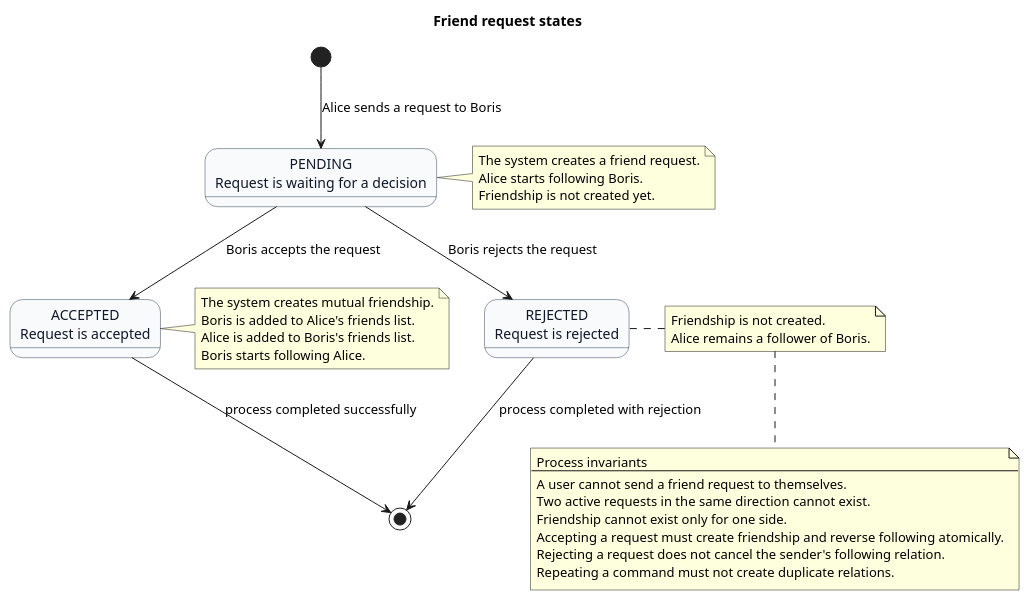
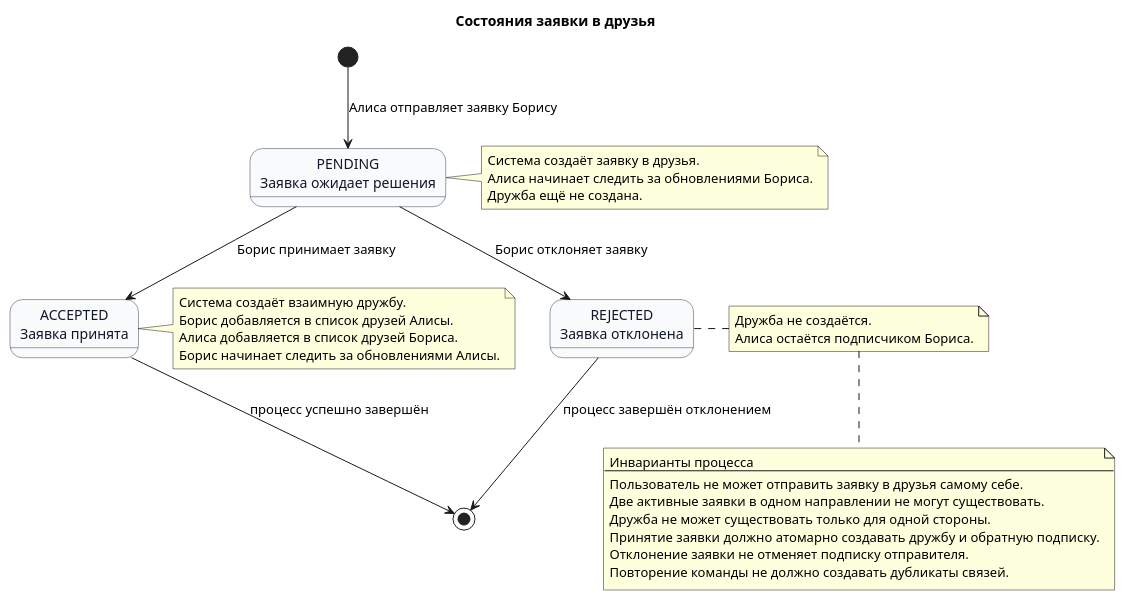
One commit to AlexVJDev/socialmediaapi changed the diagram in docs/process/friendship_state.puml. Above: the diagram before and after it, drawn with PlantUML. The commit also changed 37 other files, not shown here.

```diff
--- a/docs/process/friendship_state.puml
+++ b/docs/process/friendship_state.puml
@@ -1,53 +1,53 @@
 @startuml
-title Friend request states
+title Состояния заявки в друзья
 
 skinparam shadowing false
 skinparam state {
   BackgroundColor #F8FAFC
   BorderColor #334155
   FontColor #0F172A
   StartColor #16A34A
   EndColor #DC2626
 }
 
-[*] --> PENDING : Alice sends a request to Boris
+[*] --> PENDING : Алиса отправляет заявку Борису
 
-state "PENDING\nRequest is waiting for a decision" as PENDING
-state "ACCEPTED\nRequest is accepted" as ACCEPTED
-state "REJECTED\nRequest is rejected" as REJECTED
+state "PENDING\nЗаявка ожидает решения" as PENDING
+state "ACCEPTED\nЗаявка принята" as ACCEPTED
+state "REJECTED\nЗаявка отклонена" as REJECTED
 
 note right of PENDING
-  The system creates a friend request.
-  Alice starts following Boris.
-  Friendship is not created yet.
+  Система создаёт заявку в друзья.
+  Алиса начинает следить за обновлениями Бориса.
+  Дружба ещё не создана.
 end note
 
-PENDING --> ACCEPTED : Boris accepts the request
-PENDING --> REJECTED : Boris rejects the request
+PENDING --> ACCEPTED : Борис принимает заявку
+PENDING --> REJECTED : Борис отклоняет заявку
 
 note right of ACCEPTED
-  The system creates mutual friendship.
-  Boris is added to Alice's friends list.
-  Alice is added to Boris's friends list.
-  Boris starts following Alice.
+  Система создаёт взаимную дружбу.
+  Борис добавляется в список друзей Алисы.
+  Алиса добавляется в список друзей Бориса.
+  Борис начинает следить за обновлениями Алисы.
 end note
 
 note right of REJECTED
-  Friendship is not created.
-  Alice remains a follower of Boris.
+  Дружба не создаётся.
+  Алиса остаётся подписчиком Бориса.
 end note
 
 note bottom
-  Process invariants
+  Инварианты процесса
   --
-  A user cannot send a friend request to themselves.
-  Two active requests in the same direction cannot exist.
-  Friendship cannot exist only for one side.
-  Accepting a request must create friendship and reverse following atomically.
-  Rejecting a request does not cancel the sender's following relation.
-  Repeating a command must not create duplicate relations.
+  Пользователь не может отправить заявку в друзья самому себе.
+  Две активные заявки в одном направлении не могут существовать.
+  Дружба не может существовать только для одной стороны.
+  Принятие заявки должно атомарно создавать дружбу и обратную подписку.
+  Отклонение заявки не отменяет подписку отправителя.
+  Повторение команды не должно создавать дубликаты связей.
 end note
 
-ACCEPTED --> [*] : process completed successfully
-REJECTED --> [*] : process completed with rejection
+ACCEPTED --> [*] : процесс успешно завершён
+REJECTED --> [*] : процесс завершён отклонением
 @enduml
```
